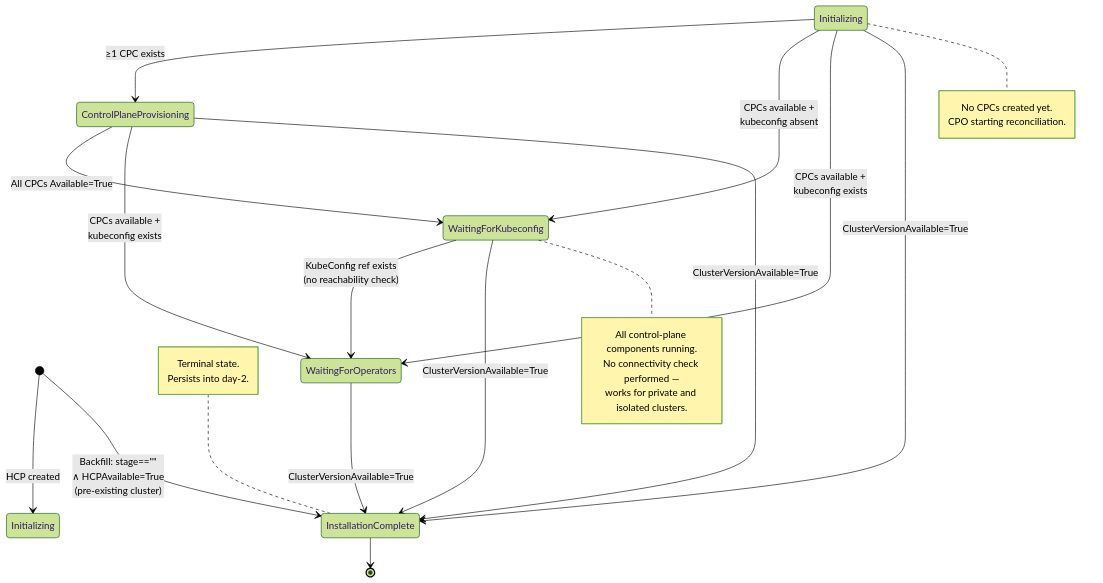
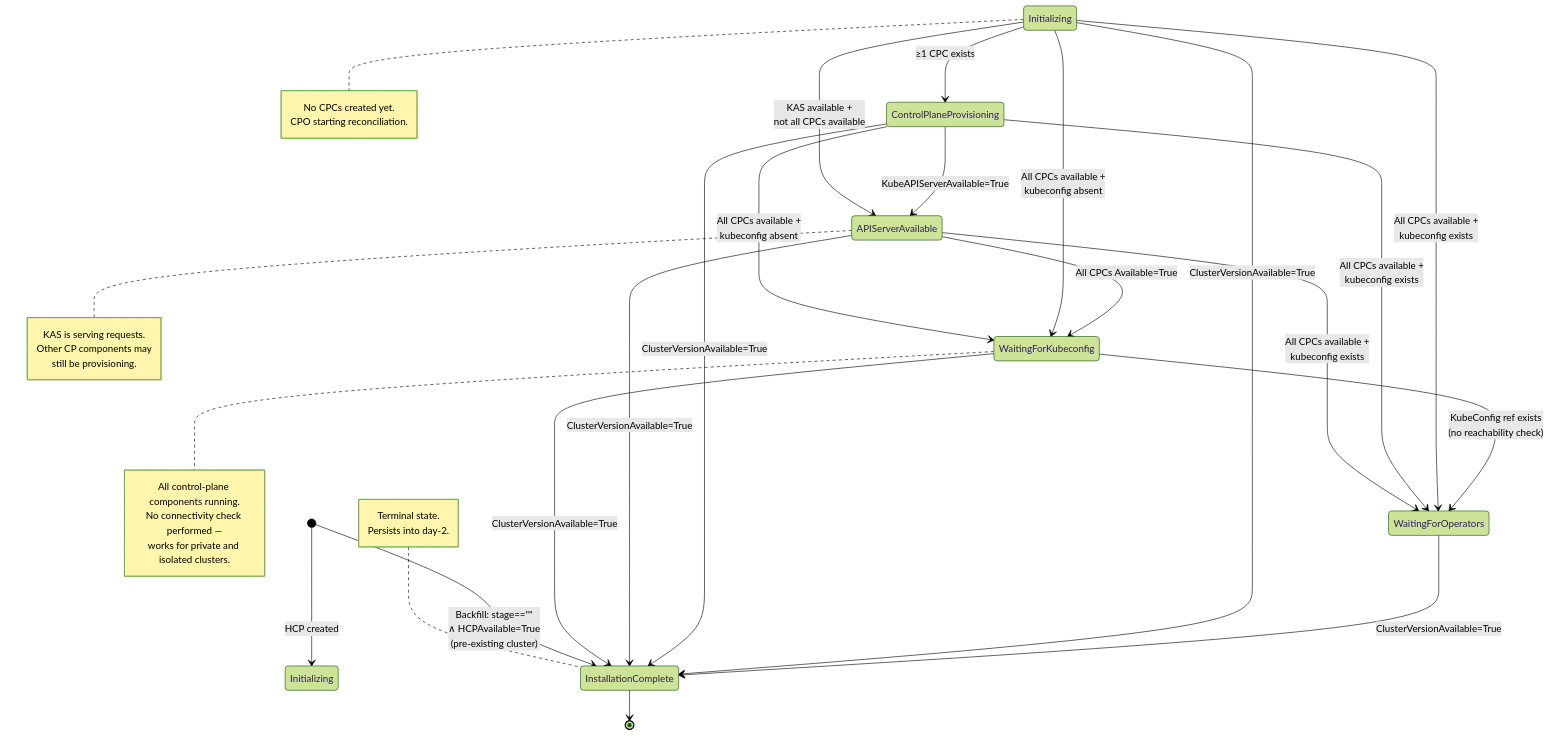
One commit to openshift/enhancements changed the third of 3 diagrams in enhancements/hypershift/installation-failure-debuggability.md. Above: the diagram before and after it, drawn with Mermaid (forest theme). The commit also changed other lines of this file, not shown here.

First line of the commit message:
OCPSTRAT-1598: Add APIServerAvailable installation stage

````diff
--- a/enhancements/hypershift/installation-failure-debuggability.md
+++ b/enhancements/hypershift/installation-failure-debuggability.md
@@ -702,47 +724,59 @@
 ```mermaid
 stateDiagram-v2
     [*] --> Initializing : HCP created
 
     state "Initializing" as Init
     state "ControlPlaneProvisioning" as CPP
+    state "APIServerAvailable" as ASA
     state "WaitingForKubeconfig" as WFK
     state "WaitingForOperators" as WFO
     state "InstallationComplete" as IC
 
     %% Normal sequential transitions
     Init --> CPP : ≥1 CPC exists
-    CPP --> WFK : All CPCs Available=True
+    CPP --> ASA : KubeAPIServerAvailable=True
+    ASA --> WFK : All CPCs Available=True
     WFK --> WFO : KubeConfig ref exists<br/>(no reachability check)
     WFO --> IC : ClusterVersionAvailable=True
 
     %% Skip-forward: CPO evaluates latest-first,
     %% SetInstallationStage allows any forward jump.
-    Init --> WFK : CPCs available +<br/>kubeconfig absent
-    Init --> WFO : CPCs available +<br/>kubeconfig exists
+    Init --> ASA : KAS available +<br/>not all CPCs available
+    Init --> WFK : All CPCs available +<br/>kubeconfig absent
+    Init --> WFO : All CPCs available +<br/>kubeconfig exists
     Init --> IC : ClusterVersionAvailable=True
-    CPP --> WFO : CPCs available +<br/>kubeconfig exists
+    CPP --> WFK : All CPCs available +<br/>kubeconfig absent
+    CPP --> WFO : All CPCs available +<br/>kubeconfig exists
     CPP --> IC : ClusterVersionAvailable=True
+    ASA --> WFO : All CPCs available +<br/>kubeconfig exists
+    ASA --> IC : ClusterVersionAvailable=True
     WFK --> IC : ClusterVersionAvailable=True
 
     %% Backfill on upgrade: pre-existing cluster
     %% with stage=="" and HCP Available=True
     [*] --> IC : Backfill: stage==""<br/>∧ HCPAvailable=True<br/>(pre-existing cluster)
 
     IC --> [*]
 
     note right of Init
         No CPCs created yet.
         CPO starting reconciliation.
     end note
 
+    note right of ASA
+        KAS is serving requests.
+        Other CP components may
+        still be provisioning.
+    end note
+
     note right of WFK
         All control-plane components running.
         No connectivity check performed —
         works for private and isolated clusters.
     end note
 
     note left of IC
         Terminal state.
         Persists into day-2.
     end note
 ```
````
